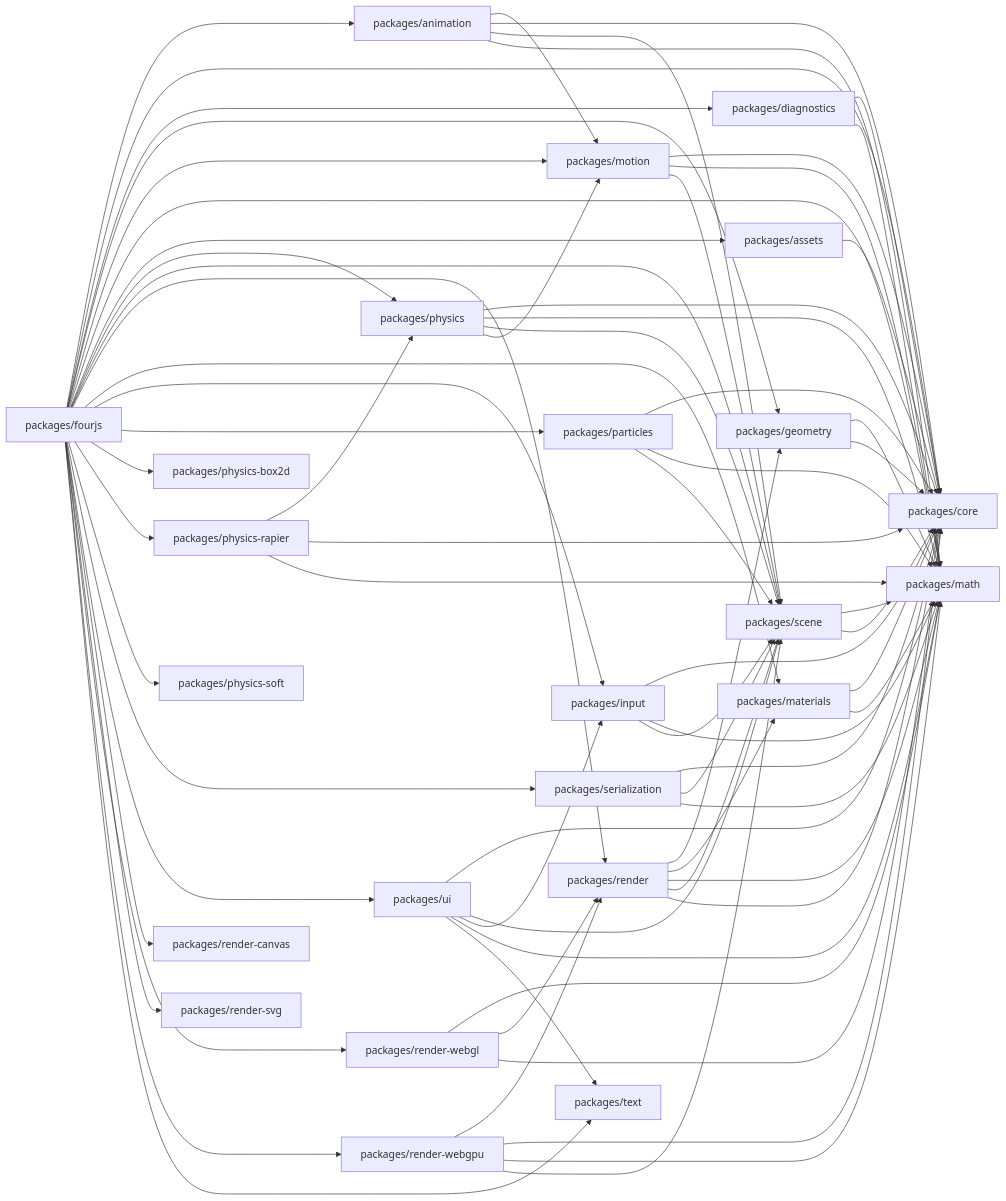
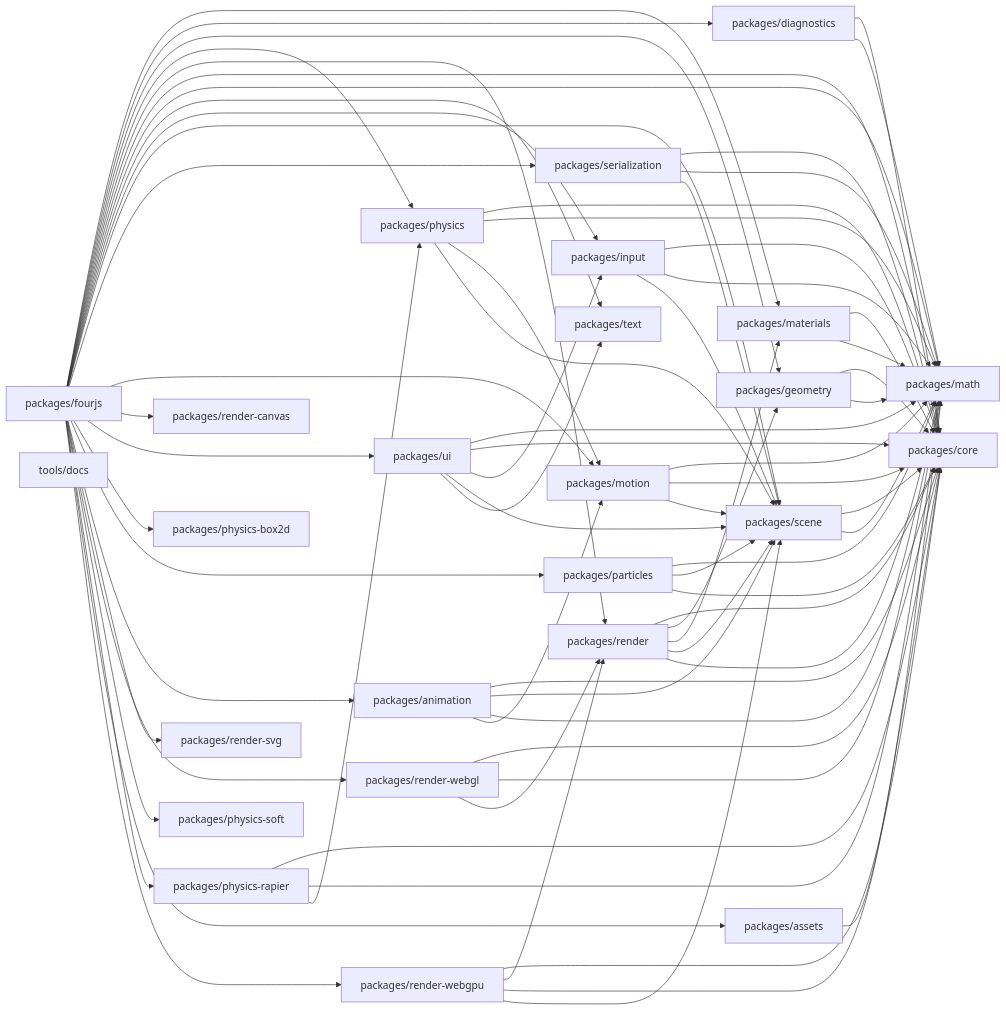
The first of 2 diagrams in docs/Architecture/DEPENDENCY_GRAPH.md (danielsimonjr/four.js), drawn with Mermaid before and after one commit. The commit also changed other lines of this file and 92 other files, not shown here.

````diff
--- a/docs/Architecture/DEPENDENCY_GRAPH.md
+++ b/docs/Architecture/DEPENDENCY_GRAPH.md
@@ -108,99 +109,100 @@
 ```mermaid
 graph LR
-    P0[packages/animation]
-    P1[packages/assets]
-    P2[packages/core]
-    P3[packages/diagnostics]
-    P4[packages/fourjs]
-    P5[packages/geometry]
-    P6[packages/input]
-    P7[packages/materials]
-    P8[packages/math]
-    P9[packages/motion]
-    P10[packages/particles]
-    P11[packages/physics]
-    P12[packages/physics-box2d]
-    P13[packages/physics-rapier]
-    P14[packages/physics-soft]
-    P15[packages/render]
-    P16[packages/render-canvas]
-    P17[packages/render-svg]
-    P18[packages/render-webgl]
-    P19[packages/render-webgpu]
-    P20[packages/scene]
-    P21[packages/serialization]
-    P22[packages/text]
-    P23[packages/ui]
+    P0[packages/diagnostics]
+    P1[packages/scene]
+    P2[packages/render]
+    P3[packages/fourjs]
+    P4[packages/physics]
+    P5[packages/particles]
+    P6[packages/geometry]
+    P7[packages/motion]
+    P8[packages/text]
+    P9[packages/math]
+    P10[packages/ui]
+    P11[packages/core]
+    P12[packages/render-webgpu]
+    P13[packages/animation]
+    P14[packages/assets]
+    P15[packages/render-webgl]
+    P16[packages/physics-rapier]
+    P17[packages/input]
+    P18[packages/render-svg]
+    P19[packages/render-canvas]
+    P20[packages/materials]
+    P21[packages/physics-box2d]
+    P22[packages/serialization]
+    P23[packages/physics-soft]
+    P24[tools/docs]
+    P0 --> P11
     P0 --> P9
-    P0 --> P2
-    P0 --> P20
-    P0 --> P8
-    P1 --> P2
+    P1 --> P11
+    P1 --> P9
+    P2 --> P11
+    P2 --> P6
+    P2 --> P20
+    P2 --> P1
+    P2 --> P9
+    P3 --> P20
+    P3 --> P0
+    P3 --> P6
+    P3 --> P4
     P3 --> P2
+    P3 --> P11
+    P3 --> P9
     P3 --> P8
-    P4 --> P0
-    P4 --> P2
-    P4 --> P3
-    P4 --> P5
+    P3 --> P17
+    P3 --> P1
+    P3 --> P22
+    P3 --> P7
+    P3 --> P19
+    P3 --> P10
+    P3 --> P21
+    P3 --> P5
+    P3 --> P13
+    P3 --> P18
+    P3 --> P15
+    P3 --> P23
+    P3 --> P16
+    P3 --> P14
+    P3 --> P12
+    P4 --> P11
     P4 --> P9
-    P4 --> P8
+    P4 --> P7
     P4 --> P1
-    P4 --> P11
-    P4 --> P20
-    P4 --> P15
-    P4 --> P7
-    P4 --> P6
-    P4 --> P10
-    P4 --> P12
-    P4 --> P13
-    P4 --> P14
-    P4 --> P21
-    P4 --> P23
-    P4 --> P16
-    P4 --> P17
-    P4 --> P18
-    P4 --> P19
-    P4 --> P22
-    P5 --> P8
-    P5 --> P2
-    P6 --> P2
-    P6 --> P8
-    P6 --> P20
-    P7 --> P2
-    P7 --> P8
-    P9 --> P2
-    P9 --> P8
-    P9 --> P20
-    P10 --> P2
+    P5 --> P9
+    P5 --> P1
+    P5 --> P11
+    P6 --> P11
+    P6 --> P9
+    P7 --> P9
+    P7 --> P11
+    P7 --> P1
+    P10 --> P9
+    P10 --> P11
+    P10 --> P17
+    P10 --> P1
     P10 --> P8
-    P10 --> P20
-    P11 --> P2
-    P11 --> P8
-    P11 --> P20
-    P11 --> P9
+    P12 --> P11
+    P12 --> P2
+    P12 --> P9
+    P12 --> P1
     P13 --> P11
-    P13 --> P2
-    P13 --> P8
-    P15 --> P5
-    P15 --> P7
-    P15 --> P8
-    P15 --> P20
+    P13 --> P1
+    P13 --> P9
+    P13 --> P7
+    P14 --> P11
+    P15 --> P11
+    P15 --> P9
     P15 --> P2
-    P18 --> P8
-    P18 --> P15
-    P18 --> P2
-    P19 --> P15
-    P19 --> P2
-    P19 --> P8
-    P19 --> P20
-    P20 --> P8
-    P20 --> P2
-    P21 --> P2
-    P21 --> P20
-    P21 --> P8
-    P23 --> P2
-    P23 --> P20
-    P23 --> P6
-    P23 --> P8
-    P23 --> P22
+    P16 --> P11
+    P16 --> P9
+    P16 --> P4
+    P17 --> P11
+    P17 --> P9
+    P17 --> P1
+    P20 --> P11
+    P20 --> P9
+    P22 --> P11
+    P22 --> P9
+    P22 --> P1
 ```
````
